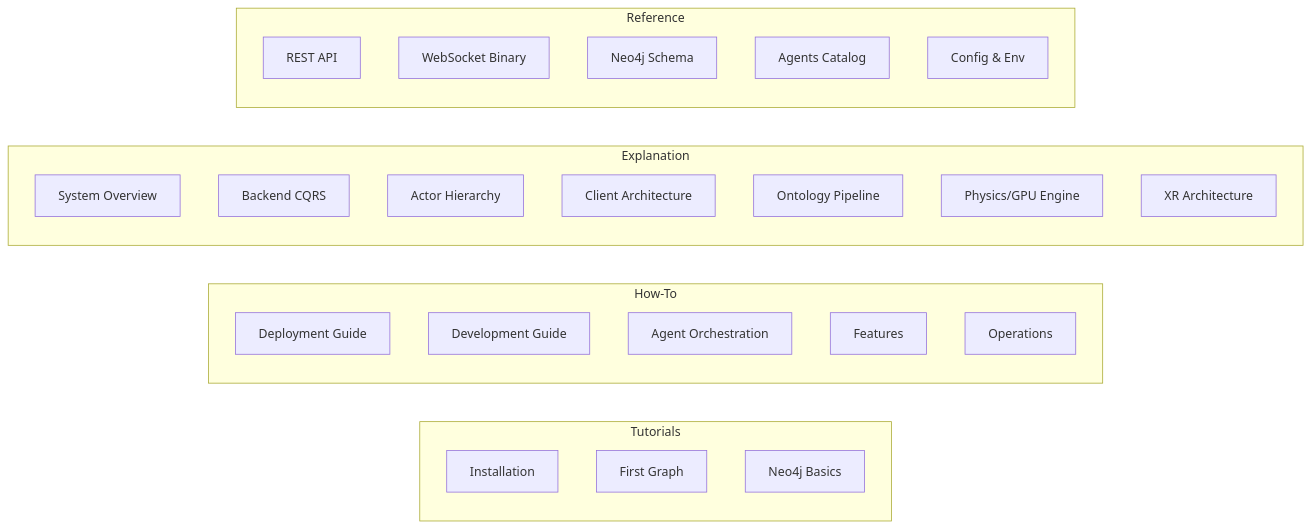
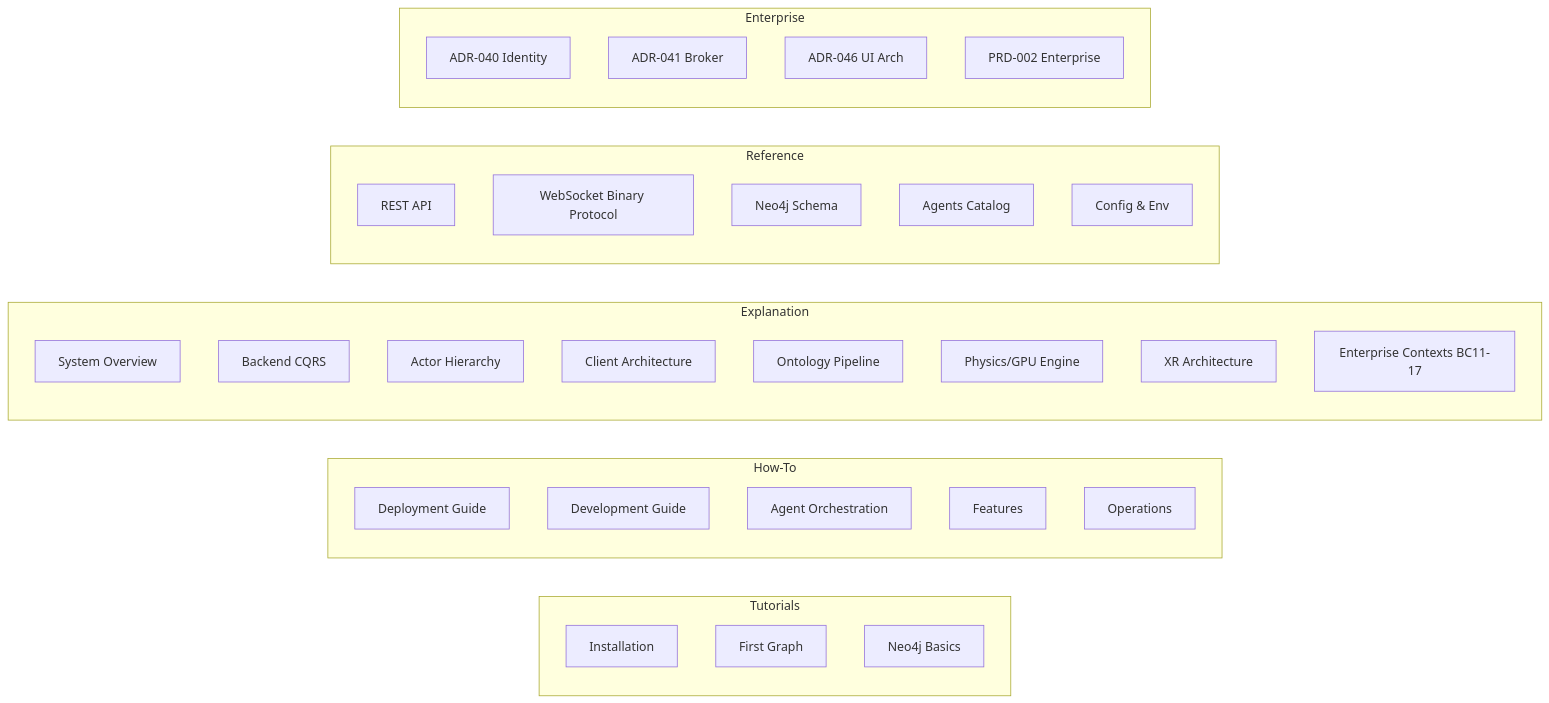
One commit to shaneholloman/logseq-spring-thing changed the diagram in docs/README.md. Above: the diagram before and after it, drawn with Mermaid. The commit also changed other lines of this file and 77 other files, not shown here.

First line of the commit message:
recover(docs): bring crashbug modifications + 4 root-level diagrams

````diff
--- a/docs/README.md
+++ b/docs/README.md
@@ -33,31 +57,38 @@
 ```mermaid
 graph LR
     subgraph "Tutorials"
         T1[Installation]
         T2[First Graph]
         T3[Neo4j Basics]
     end
     subgraph "How-To"
         H1[Deployment Guide]
         H2[Development Guide]
         H3[Agent Orchestration]
         H4[Features]
         H5[Operations]
     end
     subgraph "Explanation"
         E1[System Overview]
         E2[Backend CQRS]
         E3[Actor Hierarchy]
         E4[Client Architecture]
         E5[Ontology Pipeline]
         E6[Physics/GPU Engine]
         E7[XR Architecture]
+        E8[Enterprise Contexts BC11-17]
     end
     subgraph "Reference"
         R1[REST API]
-        R2[WebSocket Binary]
+        R2[WebSocket Binary Protocol]
         R3[Neo4j Schema]
         R4[Agents Catalog]
         R5[Config & Env]
     end
+    subgraph "Enterprise"
+        ADR40[ADR-040 Identity]
+        ADR41[ADR-041 Broker]
+        ADR46[ADR-046 UI Arch]
+        PRD2[PRD-002 Enterprise]
+    end
 ```
````
